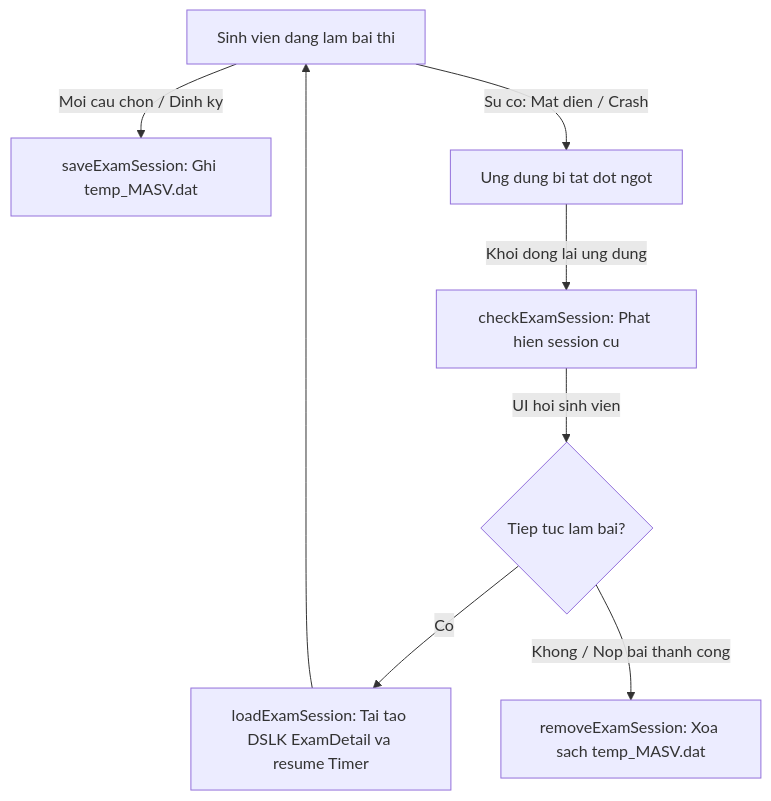
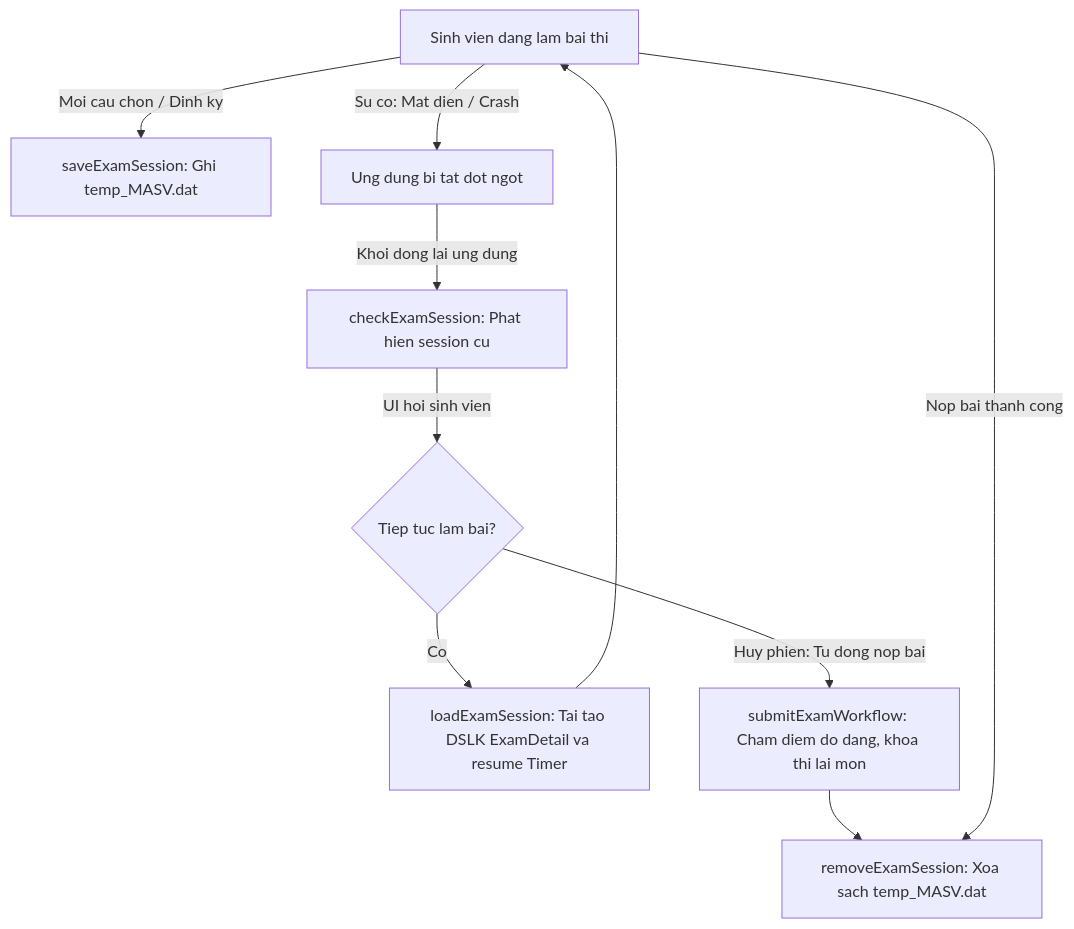
The fifth of 5 diagrams in business/readme_extension.md (0xKurian/DSA-Project-ThiTracNghiem), drawn with Mermaid before and after one commit. The commit also changed other lines of this file and 17 other files, not shown here.

````diff
--- a/business/readme_extension.md
+++ b/business/readme_extension.md
@@ -512,10 +575,12 @@
 ```mermaid
 graph TD
     A[Sinh vien dang lam bai thi] -->|Moi cau chon / Dinh ky| B[saveExamSession: Ghi temp_MASV.dat]
     A -->|Su co: Mat dien / Crash| C[Ung dung bi tat dot ngot]
     C -->|Khoi dong lai ung dung| D[checkExamSession: Phat hien session cu]
     D -->|UI hoi sinh vien| E{Tiep tuc lam bai?}
     E -->|Co| F[loadExamSession: Tai tao DSLK ExamDetail va resume Timer]
     F --> A
-    E -->|Khong / Nop bai thanh cong| G[removeExamSession: Xoa sach temp_MASV.dat]
+    E -->|Huy phien: Tu dong nop bai| H[submitExamWorkflow: Cham diem do dang, khoa thi lai mon]
+    H --> G[removeExamSession: Xoa sach temp_MASV.dat]
+    A -->|Nop bai thanh cong| G
 ```
````
